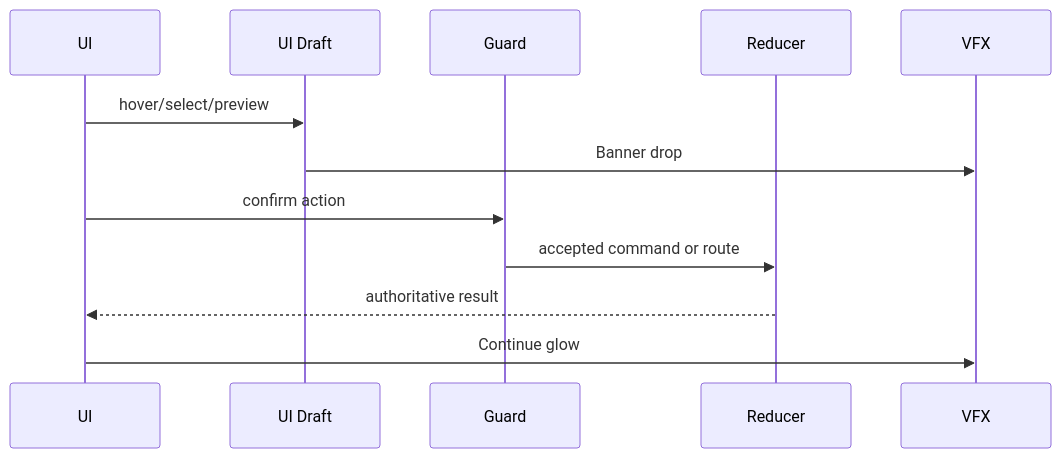
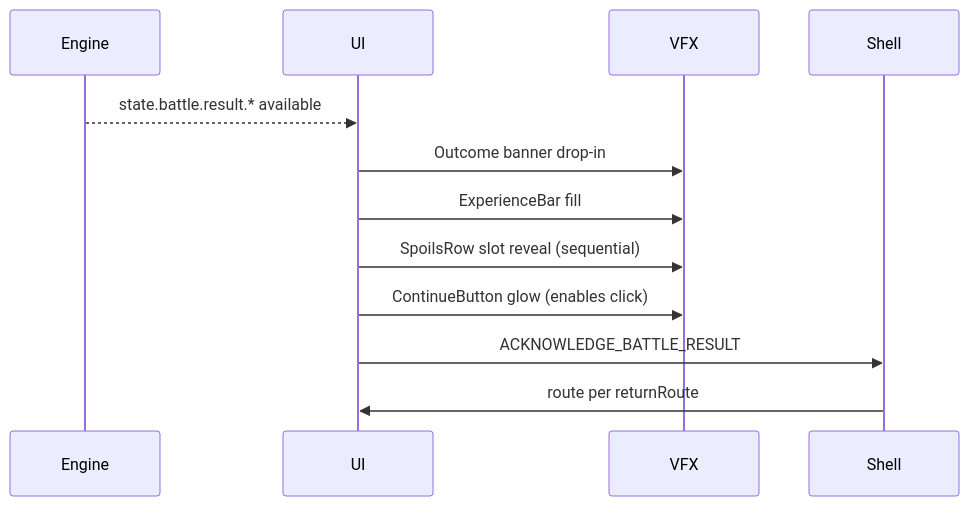
The fourth of 5 diagrams in docs/architecture/wiki/screens/39-battle-results/architecture.md (SunaNoOshiro/Heroes_Reforged_AI_Realms), drawn with Mermaid before and after one commit. The commit also changed other lines of this file and 518 other files, not shown here.

First line of the commit message:
Add doc-audit skill and sweep architecture/screen docs

````diff
--- a/docs/architecture/wiki/screens/39-battle-results/architecture.md
+++ b/docs/architecture/wiki/screens/39-battle-results/architecture.md
@@ -54,14 +53,14 @@
 ```mermaid
 sequenceDiagram
+  participant Engine
   participant UI
-  participant Draft as UI Draft
-  participant Guard
-  participant Reducer
   participant VFX
-  UI->>Draft: hover/select/preview
-  Draft->>VFX: Banner drop
-  UI->>Guard: confirm action
-  Guard->>Reducer: accepted command or route
-  Reducer-->>UI: authoritative result
-  UI->>VFX: Continue glow
+  participant Shell
+  Engine-->>UI: state.battle.result.* available
+  UI->>VFX: Outcome banner drop-in
+  UI->>VFX: ExperienceBar fill
+  UI->>VFX: SpoilsRow slot reveal (sequential)
+  UI->>VFX: ContinueButton glow (enables click)
+  UI->>Shell: ACKNOWLEDGE_BATTLE_RESULT
+  Shell->>UI: route per returnRoute
 ```
````
